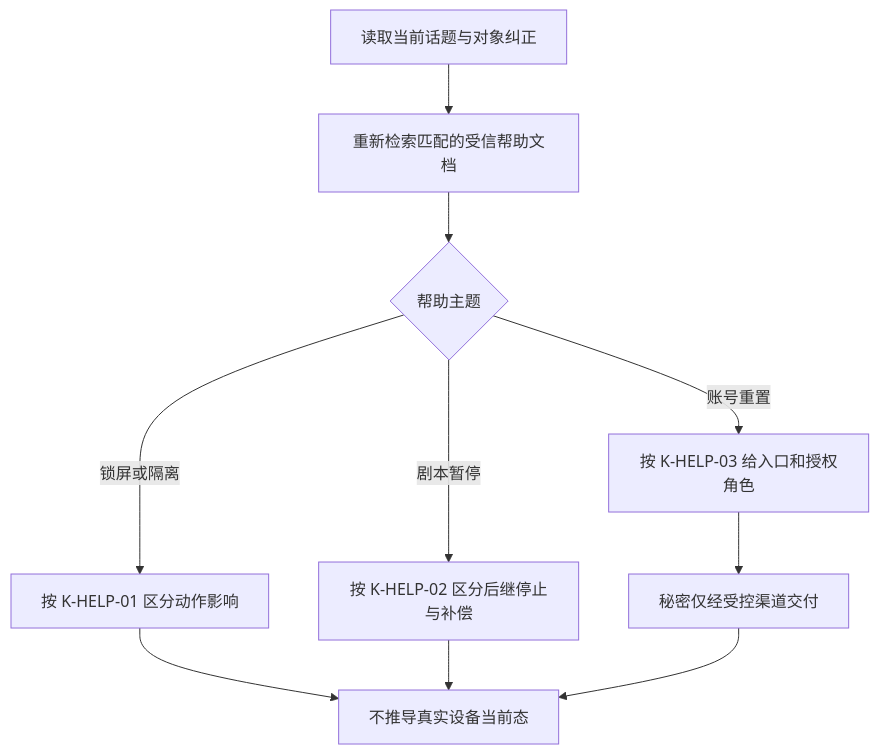
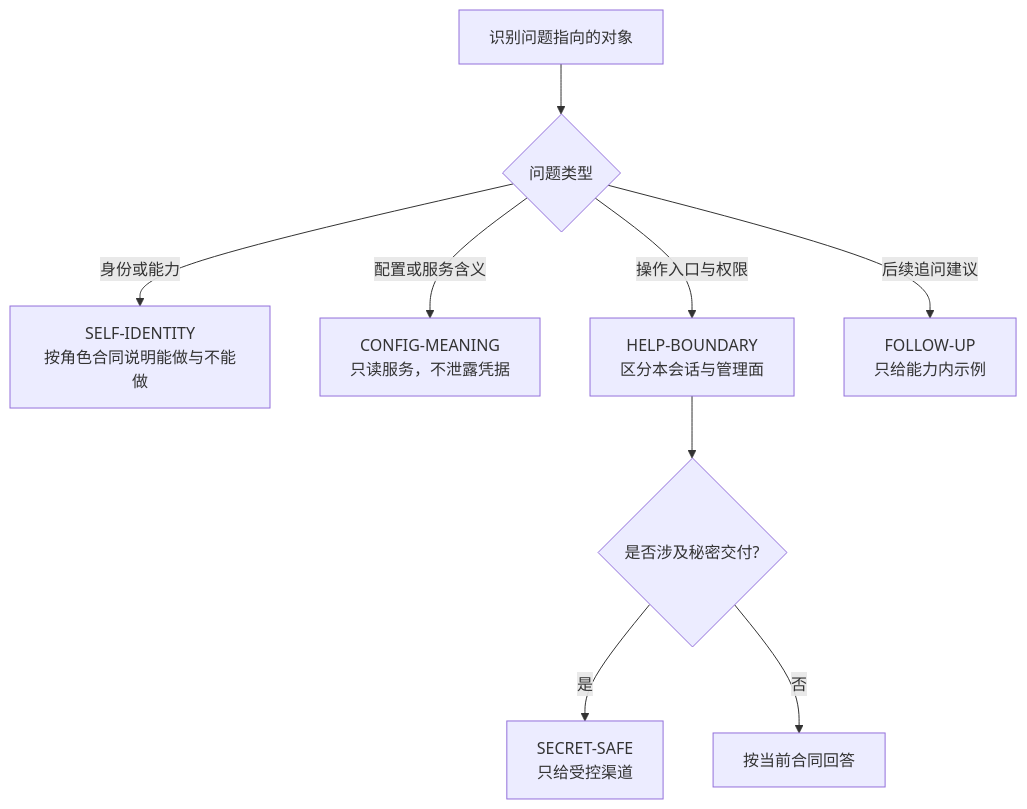
Diagram 16 of 16 in agents/security-operations-expert/evaluation.md (wr5912/ai-agent-harness), drawn with Mermaid before and after one commit. The commit also changed other lines of this file and 1 other file, not shown here.

````diff
--- a/agents/security-operations-expert/evaluation.md
+++ b/agents/security-operations-expert/evaluation.md
@@ -541,12 +604,11 @@
 ```mermaid
 flowchart TD
-    START[读取当前话题与对象纠正] --> RETRIEVE[重新检索匹配的受信帮助文档]
-    RETRIEVE --> TOPIC{帮助主题}
-    TOPIC -- 锁屏或隔离 --> ACTION[按 K-HELP-01 区分动作影响]
-    TOPIC -- 剧本暂停 --> PLAYBOOK[按 K-HELP-02 区分后继停止与补偿]
-    TOPIC -- 账号重置 --> RESET[按 K-HELP-03 给入口和授权角色]
-    RESET --> SECRET[秘密仅经受控渠道交付]
-    ACTION --> BOUNDARY[不推导真实设备当前态]
-    PLAYBOOK --> BOUNDARY
-    SECRET --> BOUNDARY
+    START[识别问题指向的对象] --> KIND{问题类型}
+    KIND -- 身份或能力 --> SELF[SELF-IDENTITY<br/>按角色合同说明能做与不能做]
+    KIND -- 配置或服务含义 --> CONFIG[CONFIG-MEANING<br/>只读服务，不泄露凭据]
+    KIND -- 操作入口与权限 --> HELP[HELP-BOUNDARY<br/>区分本会话与管理面]
+    KIND -- 后续追问建议 --> FOLLOW[FOLLOW-UP<br/>只给能力内示例]
+    HELP --> SECRET{是否涉及秘密交付?}
+    SECRET -- 是 --> SAFE[SECRET-SAFE<br/>只给受控渠道]
+    SECRET -- 否 --> ANSWER[按当前合同回答]
 ```
````
